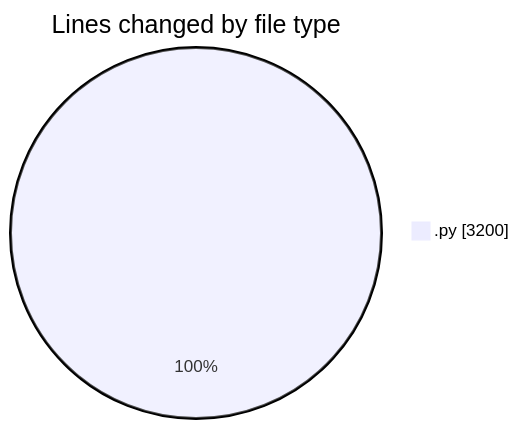
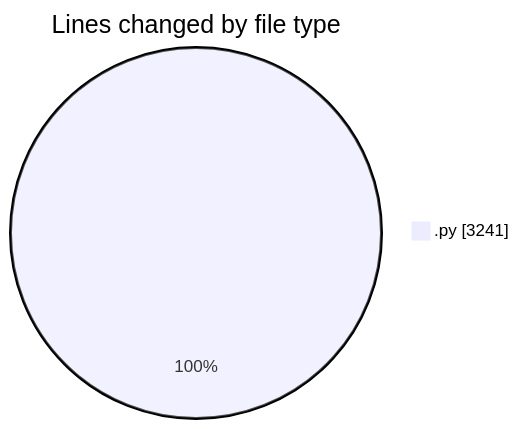
The first of 2 diagrams in 2025-05-08/myws__workspace_/README.md (MatusMokan/code-tracking), drawn with Mermaid before and after one commit. The commit also changed other lines of this file and 1 other file, not shown here.

````diff
--- a/2025-05-08/myws__workspace_/README.md
+++ b/2025-05-08/myws__workspace_/README.md
@@ -23,5 +23,5 @@
 ```mermaid
 pie showData
 title Lines changed by file type
-".py" : 3200
+".py" : 3241
 ```
````
